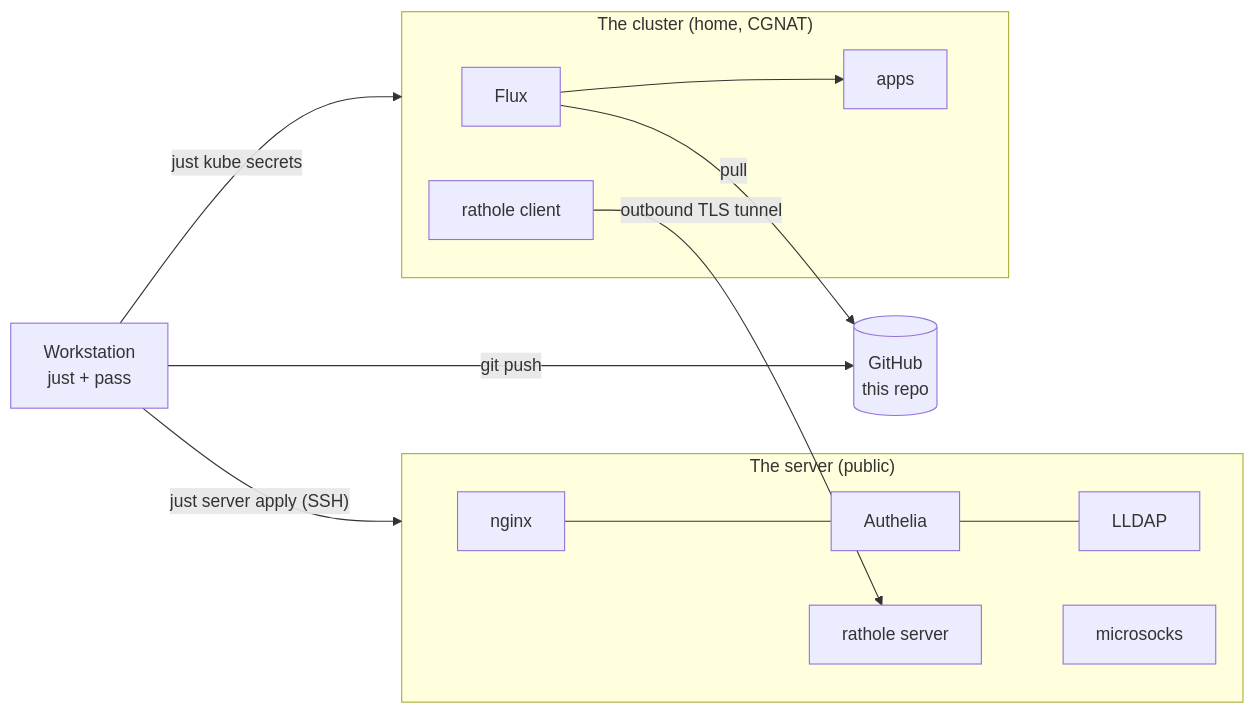
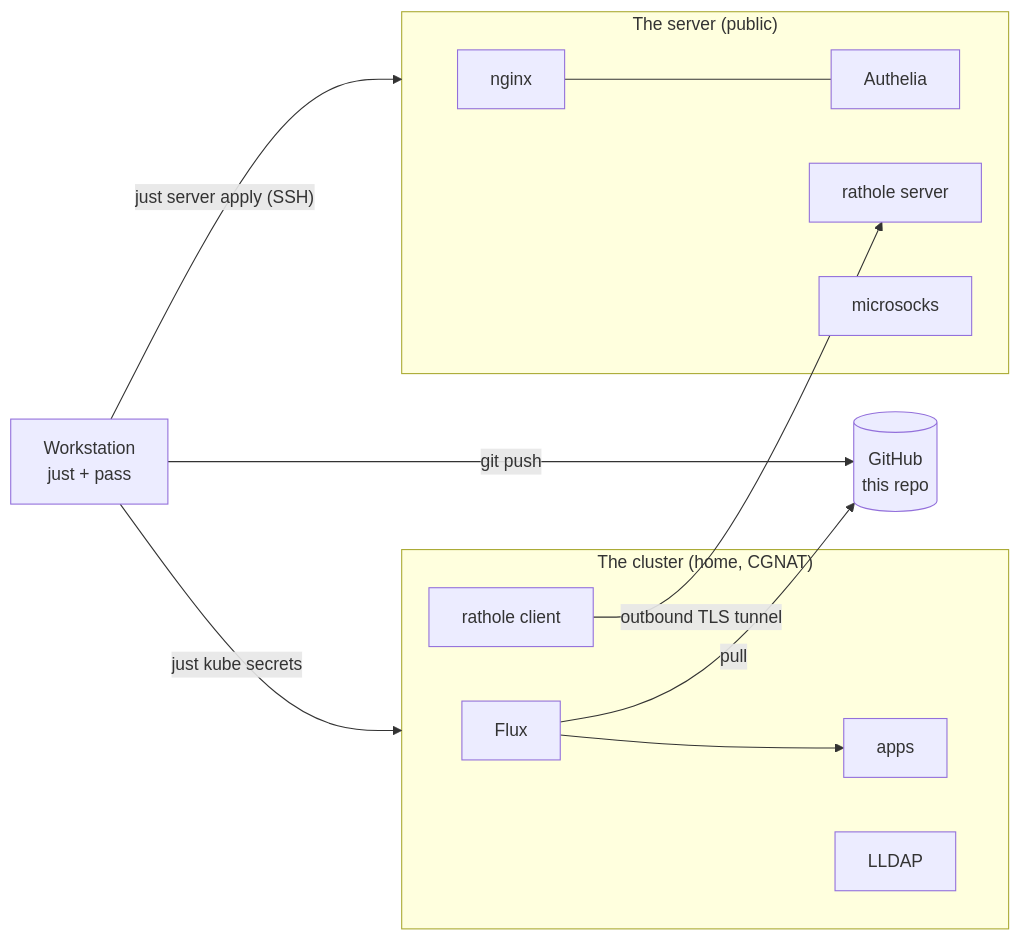
One commit to rafi/machines changed the first of 5 diagrams in docs/architecture.md. Above: the diagram before and after it, drawn with Mermaid. The commit also changed other lines of this file and 22 other files, not shown here.

````diff
--- a/docs/architecture.md
+++ b/docs/architecture.md
@@ -14,19 +14,20 @@
 ```mermaid
 flowchart LR
   ws["Workstation<br/>just + pass"]
   gh[("GitHub<br/>this repo")]
   subgraph vps["The server (public)"]
-    nginx["nginx"] --- authelia["Authelia"] --- lldap["LLDAP"]
+    nginx["nginx"] --- authelia["Authelia"]
     rs["rathole server"]
     socks["microsocks"]
   end
   subgraph home["The cluster (home, CGNAT)"]
     flux["Flux"] --> apps["apps"]
     rc["rathole client"]
+    lldap["LLDAP"]
   end
   ws -- "git push" --> gh
   flux -- "pull" --> gh
   ws -- "just server apply (SSH)" --> vps
   ws -- "just kube secrets" --> home
   rc -- "outbound TLS tunnel" --> rs
 ```
````
